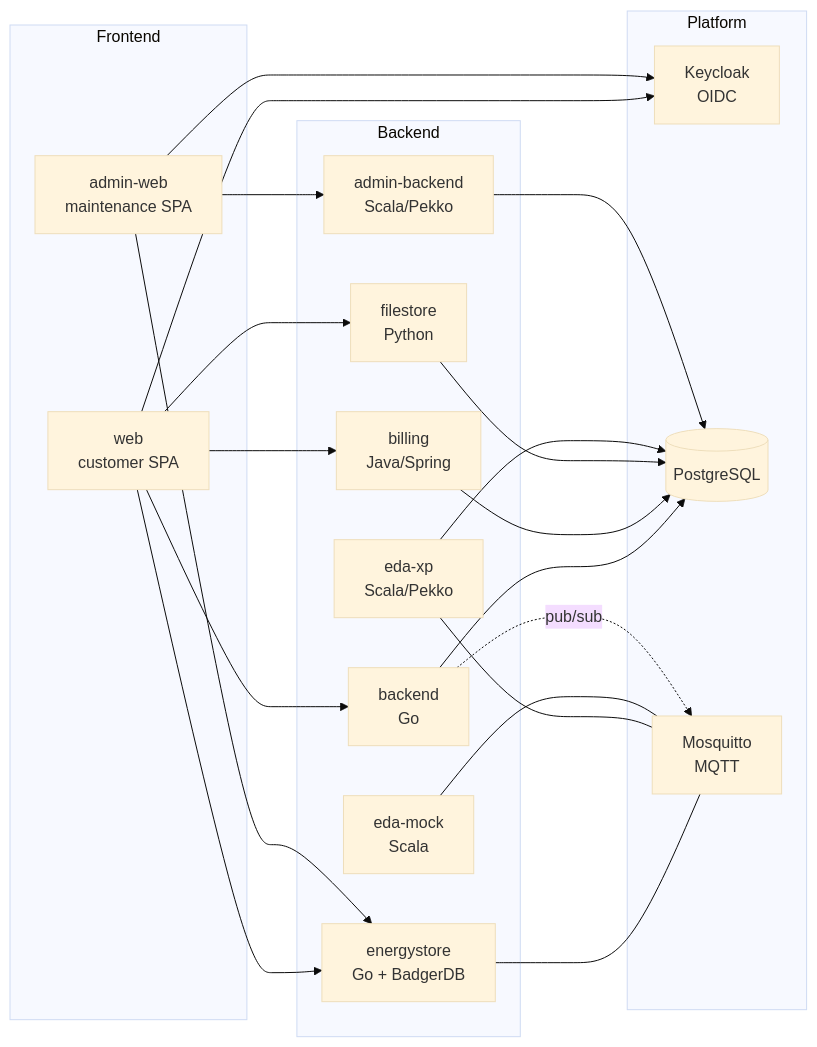
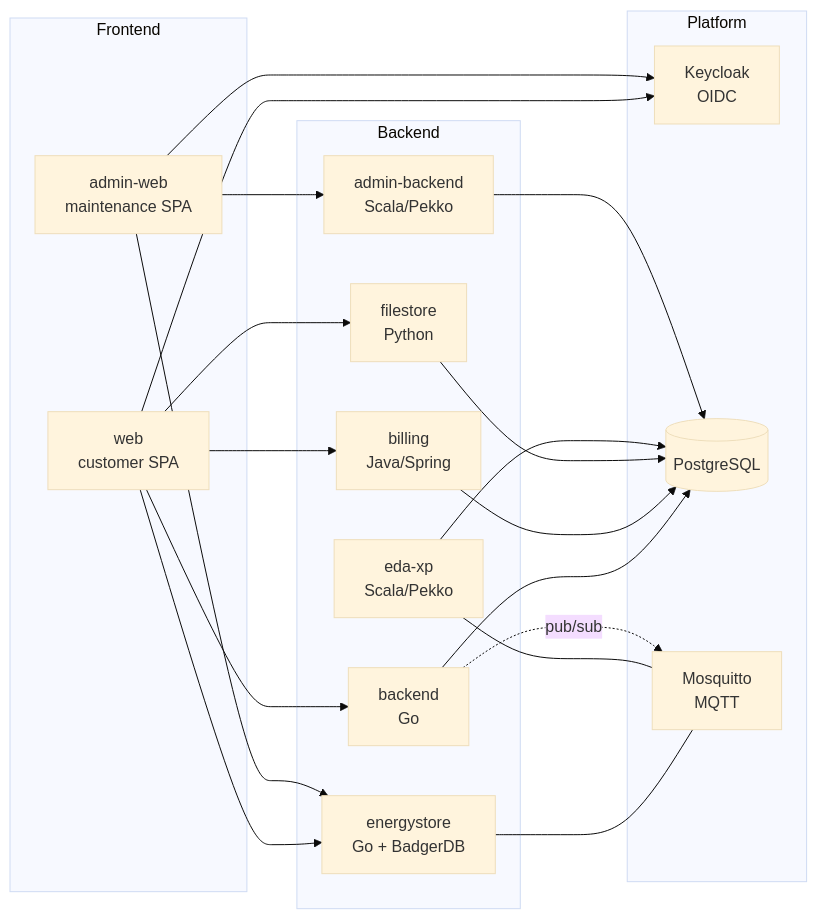
Before and after one commit to eegfaktura/eegfaktura-docs: the diagram in docs/architecture/overview.md, drawn with Mermaid (base theme). The commit also changed other lines of this file and 16 other files, not shown here.

````diff
--- a/docs/architecture/overview.md
+++ b/docs/architecture/overview.md
@@ -7,43 +7,41 @@
 ```mermaid
 flowchart LR
   subgraph Frontend
     WEB[web<br/>customer SPA]
     AWEB[admin-web<br/>maintenance SPA]
   end
 
   subgraph Backend
     BE[backend<br/>Go]
     BI[billing<br/>Java/Spring]
     ES[energystore<br/>Go + BadgerDB]
     FS[filestore<br/>Python]
     EX[eda-xp<br/>Scala/Pekko]
-    EM[eda-mock<br/>Scala]
     AB[admin-backend<br/>Scala/Pekko]
   end
 
   subgraph Platform
     KC[Keycloak<br/>OIDC]
     PG[(PostgreSQL)]
     MQ[Mosquitto<br/>MQTT]
   end
 
   WEB --> BE
   WEB --> BI
   WEB --> ES
   WEB --> FS
   AWEB --> AB
   AWEB --> ES
   WEB --> KC
   AWEB --> KC
 
   BE --> PG
   BI --> PG
   FS --> PG
   EX --> PG
   AB --> PG
 
   ES --- MQ
   EX --- MQ
-  EM --- MQ
   BE -.->|pub/sub| MQ
 ```
````
